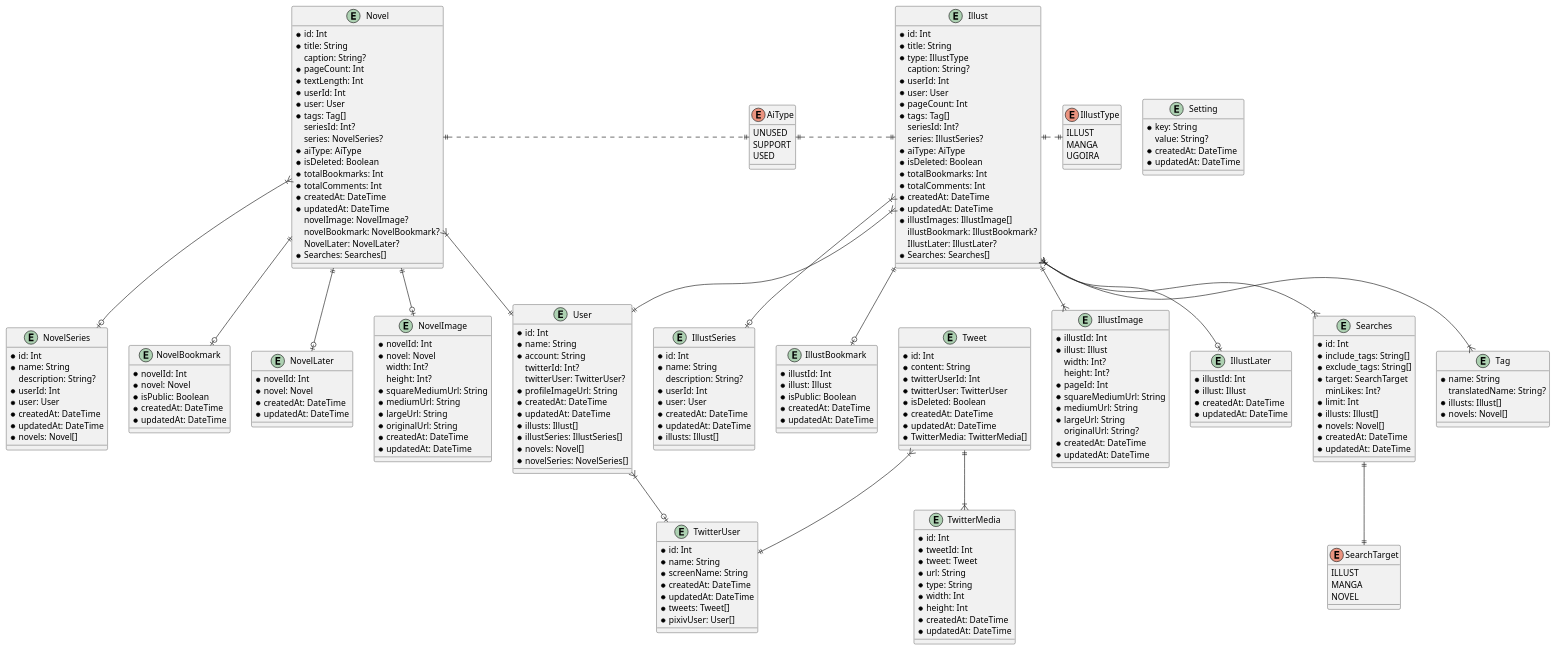
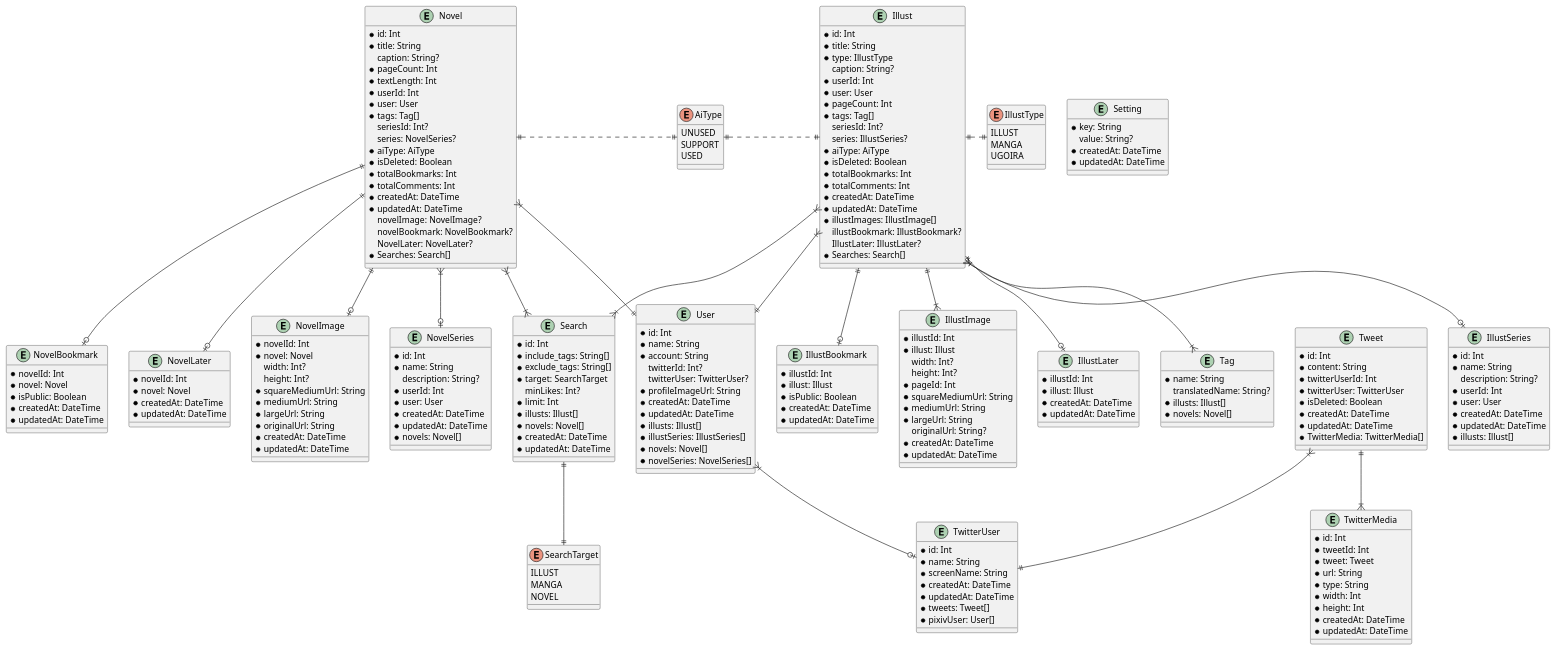
One commit to tomacheese/my-pixiv changed the diagram in packages/db/prisma/schema.pu. Above: the diagram before and after it, drawn with PlantUML. The commit also changed 2 other files, not shown here.

```diff
--- a/packages/db/prisma/schema.pu
+++ b/packages/db/prisma/schema.pu
@@ -38,7 +38,7 @@
   * illustImages: IllustImage[]
   illustBookmark: IllustBookmark?
   IllustLater: IllustLater?
-  * Searches: Searches[]
+  * Searches: Search[]
 }
 
 entity IllustSeries {
@@ -101,7 +101,7 @@
   novelImage: NovelImage?
   novelBookmark: NovelBookmark?
   NovelLater: NovelLater?
-  * Searches: Searches[]
+  * Searches: Search[]
 }
 
 entity NovelImage {
@@ -143,7 +143,7 @@
   * updatedAt: DateTime
 }
 
-entity Searches {
+entity Search {
   * id: Int
   * include_tags: String[]
   * exclude_tags: String[]
@@ -224,18 +224,19 @@
 Illust ||--o| IllustBookmark
 Illust ||--|{ IllustImage
 Illust ||--o| IllustLater
+Illust }|--|{ Search
 Novel ||.r.|| AiType
 Novel }|--|| User
 Novel ||--o| NovelImage
 Novel }|--o| NovelSeries
 Novel ||--o| NovelBookmark
 Novel ||--o| NovelLater
-Illust }|--|{ Searches
+Novel }|--|{ Search
 Illust }|--|{ Tag
 Illust }|--|| User
 Tweet }|--|| TwitterUser
 User }|--o| TwitterUser
 Tweet ||--|{ TwitterMedia
-Searches ||--|| SearchTarget
+Search ||--|| SearchTarget
 
 @enduml
```
